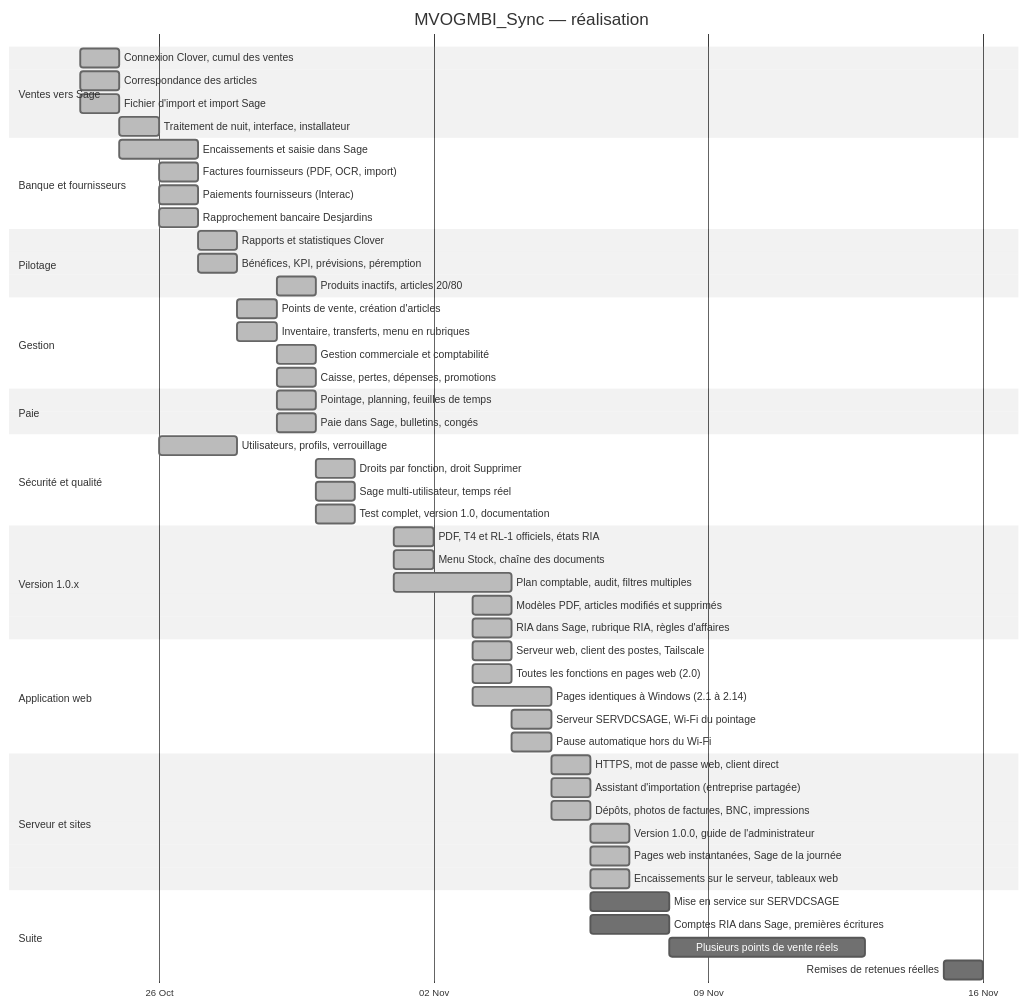
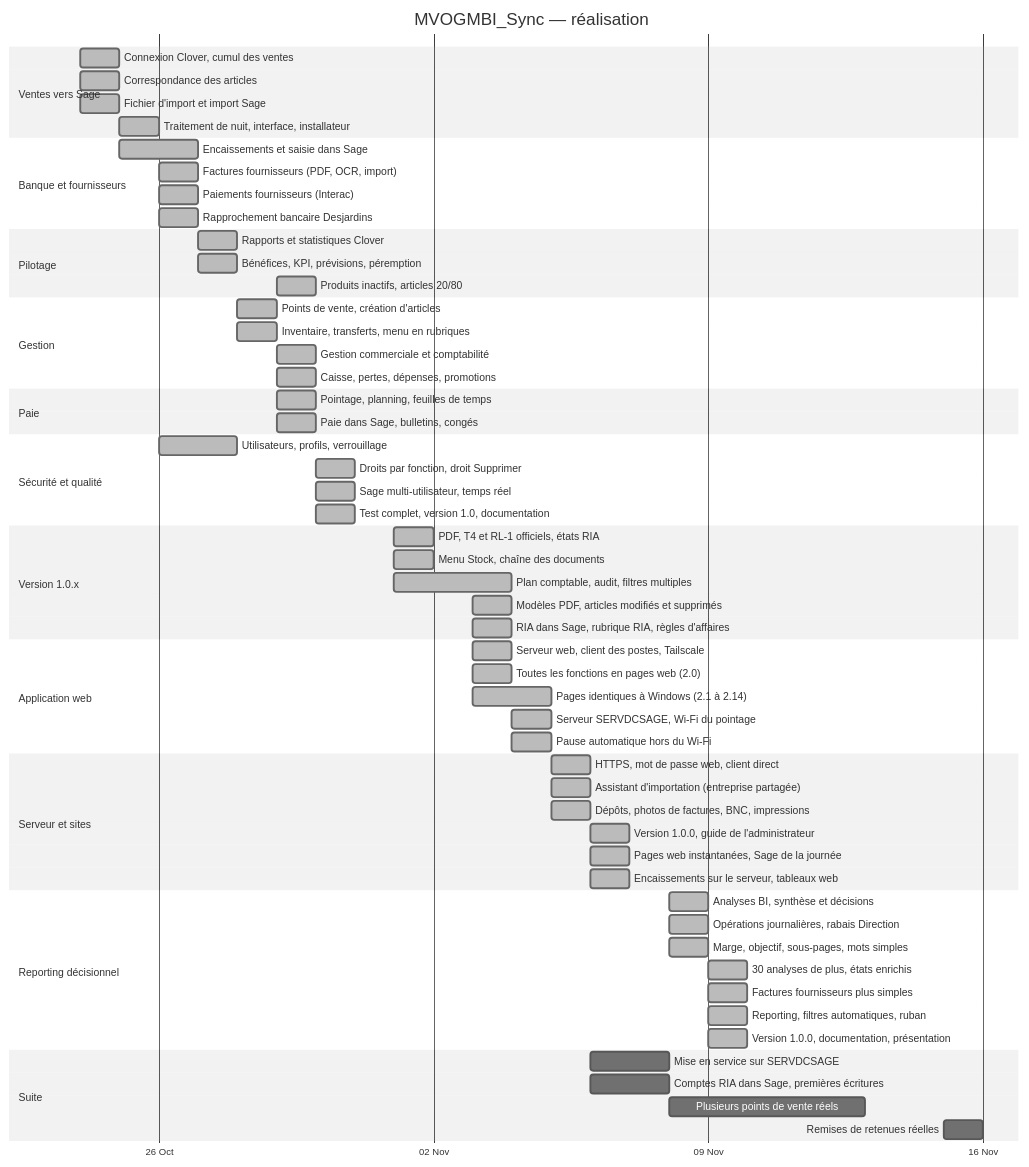
One commit to mteingueng-dot/MVOGMBI_Sync_2026.1 changed the first of 2 diagrams in documentation/PROJET.md. Above: the diagram before and after it, drawn with Mermaid (neutral theme). The commit also changed other lines of this file and 32 other files, not shown here.

First line of the commit message:
Version 1.0.0 : numérotation remise à zéro, filtres du Détail des états, documentation complète

````diff
--- a/documentation/PROJET.md
+++ b/documentation/PROJET.md
@@ -9,59 +9,67 @@
 ```mermaid
 gantt
     title MVOGMBI_Sync — réalisation
     dateFormat YYYY-MM-DD
     axisFormat %d %b
     tickInterval 1week
     weekday monday
     section Ventes vers Sage
     Connexion Clover, cumul des ventes          :done, a1, 2026-10-24, 1d
     Correspondance des articles                 :done, a2, 2026-10-24, 1d
     Fichier d'import et import Sage             :done, a3, 2026-10-24, 1d
     Traitement de nuit, interface, installateur :done, a4, 2026-10-25, 1d
     section Banque et fournisseurs
     Encaissements et saisie dans Sage           :done, b1, 2026-10-25, 2d
     Factures fournisseurs (PDF, OCR, import)    :done, b2, 2026-10-26, 1d
     Paiements fournisseurs (Interac)            :done, b3, 2026-10-26, 1d
     Rapprochement bancaire Desjardins           :done, b4, 2026-10-26, 1d
     section Pilotage
     Rapports et statistiques Clover             :done, c1, 2026-10-27, 1d
     Bénéfices, KPI, prévisions, péremption      :done, c2, 2026-10-27, 1d
     Produits inactifs, articles 20/80           :done, c3, 2026-10-29, 1d
     section Gestion
     Points de vente, création d'articles        :done, d1, 2026-10-28, 1d
     Inventaire, transferts, menu en rubriques   :done, d2, 2026-10-28, 1d
     Gestion commerciale et comptabilité         :done, d3, 2026-10-29, 1d
     Caisse, pertes, dépenses, promotions        :done, d4, 2026-10-29, 1d
     section Paie
     Pointage, planning, feuilles de temps       :done, e1, 2026-10-29, 1d
     Paie dans Sage, bulletins, congés           :done, e2, 2026-10-29, 1d
     section Sécurité et qualité
     Utilisateurs, profils, verrouillage         :done, f1, 2026-10-26, 2d
     Droits par fonction, droit Supprimer        :done, f2, 2026-10-30, 1d
     Sage multi-utilisateur, temps réel          :done, f3, 2026-10-30, 1d
     Test complet, version 1.0, documentation    :done, f4, 2026-10-30, 1d
     section Version 1.0.x
     PDF, T4 et RL-1 officiels, états RIA        :done, h1, 2026-11-01, 1d
     Menu Stock, chaîne des documents            :done, h2, 2026-11-01, 1d
     Plan comptable, audit, filtres multiples    :done, h3, 2026-11-01, 3d
     Modèles PDF, articles modifiés et supprimés :done, h4, 2026-11-03, 1d
     RIA dans Sage, rubrique RIA, règles d'affaires :done, h5, 2026-11-03, 1d
     section Application web
     Serveur web, client des postes, Tailscale   :done, w1, 2026-11-03, 1d
     Toutes les fonctions en pages web (2.0)     :done, w2, 2026-11-03, 1d
     Pages identiques à Windows (2.1 à 2.14)     :done, w3, 2026-11-03, 2d
     Serveur SERVDCSAGE, Wi-Fi du pointage       :done, w4, 2026-11-04, 1d
     Pause automatique hors du Wi-Fi             :done, w5, 2026-11-04, 1d
     section Serveur et sites
     HTTPS, mot de passe web, client direct      :done, x1, 2026-11-05, 1d
     Assistant d'importation (entreprise partagée) :done, x2, 2026-11-05, 1d
     Dépôts, photos de factures, BNC, impressions :done, x3, 2026-11-05, 1d
     Version 1.0.0, guide de l'administrateur    :done, x4, 2026-11-06, 1d
     Pages web instantanées, Sage de la journée  :done, x5, 2026-11-06, 1d
     Encaissements sur le serveur, tableaux web  :done, x6, 2026-11-06, 1d
+    section Reporting décisionnel
+    Analyses BI, synthèse et décisions          :done, y1, 2026-11-08, 1d
+    Opérations journalières, rabais Direction   :done, y2, 2026-11-08, 1d
+    Marge, objectif, sous-pages, mots simples   :done, y3, 2026-11-08, 1d
+    30 analyses de plus, états enrichis         :done, y4, 2026-11-09, 1d
+    Factures fournisseurs plus simples          :done, y5, 2026-11-09, 1d
+    Reporting, filtres automatiques, ruban      :done, y6, 2026-11-09, 1d
+    Version 1.0.0, documentation, présentation  :done, y7, 2026-11-09, 1d
     section Suite
     Mise en service sur SERVDCSAGE              :g4, 2026-11-06, 2d
     Comptes RIA dans Sage, premières écritures  :g0, 2026-11-06, 2d
     Plusieurs points de vente réels             :g1, 2026-11-08, 5d
     Remises de retenues réelles                 :g2, 2026-11-15, 1d
 ```
````
